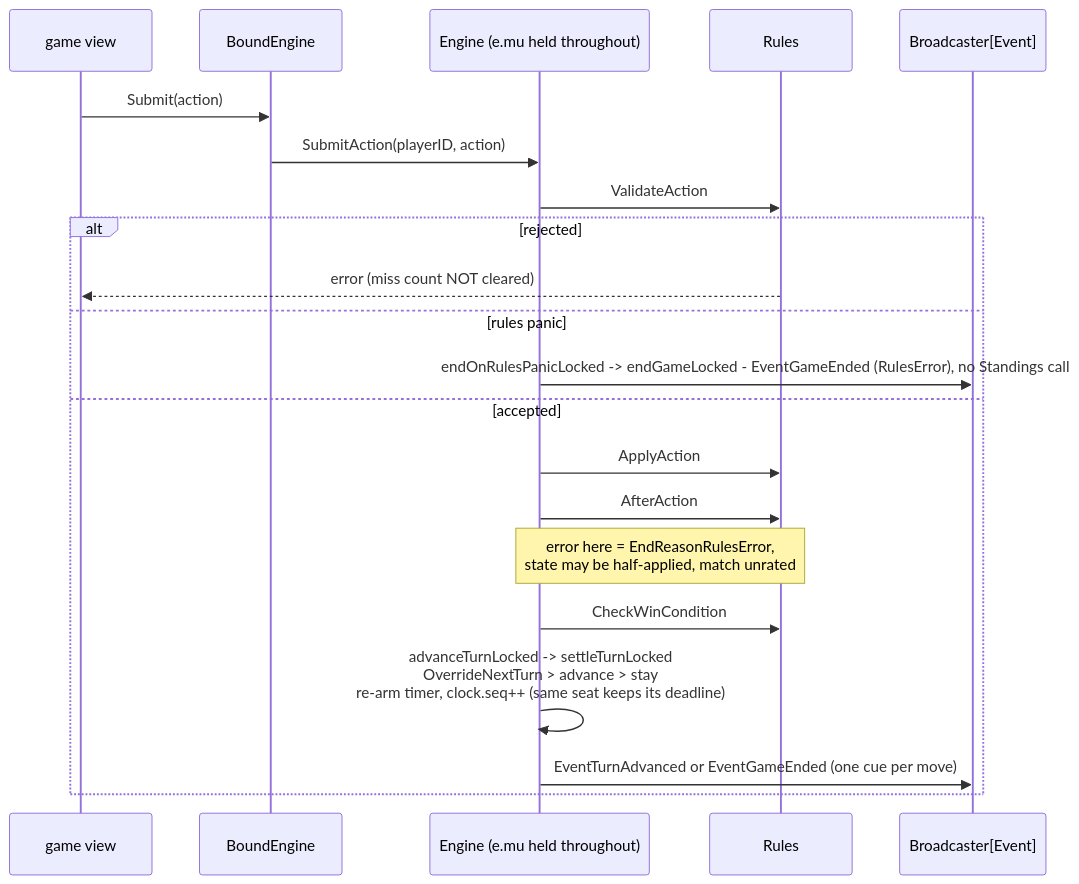
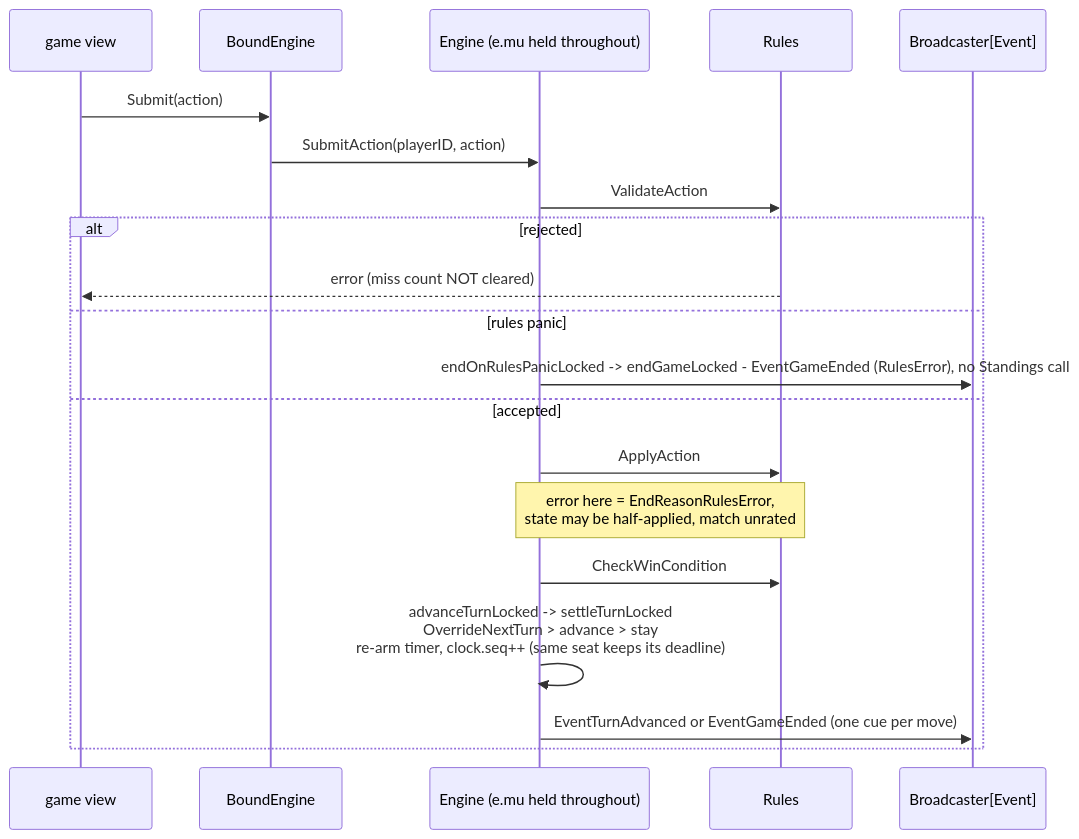
Before and after one commit to Pieczasz/tty-cards: the fifth of 11 diagrams in docs/codebase-map.md, drawn with Mermaid. The commit also changed other lines of this file and 24 other files, not shown here.

Commit message:
refactor(game): merge AfterAction into ApplyAction

````diff
--- a/docs/codebase-map.md
+++ b/docs/codebase-map.md
@@ -243,24 +243,23 @@
 ```mermaid
 sequenceDiagram
     participant V as game view
     participant B as BoundEngine
     participant E as Engine (e.mu held throughout)
     participant Ru as Rules
     participant Bc as Broadcaster[Event]
 
     V->>B: Submit(action)
     B->>E: SubmitAction(playerID, action)
     E->>Ru: ValidateAction
     alt rejected
         Ru-->>V: error (miss count NOT cleared)
     else rules panic
         E->>Bc: endOnRulesPanicLocked -> endGameLocked - EventGameEnded (RulesError), no Standings call
     else accepted
         E->>Ru: ApplyAction
-        E->>Ru: AfterAction
         Note over E,Ru: error here = EndReasonRulesError,<br/>state may be half-applied, match unrated
         E->>Ru: CheckWinCondition
         E->>E: advanceTurnLocked -> settleTurnLocked<br/>OverrideNextTurn > advance > stay<br/>re-arm timer, clock.seq++ (same seat keeps its deadline)
         E->>Bc: EventTurnAdvanced or EventGameEnded (one cue per move)
     end
 ```
````
